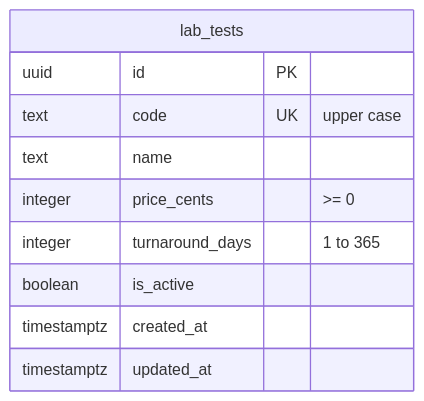
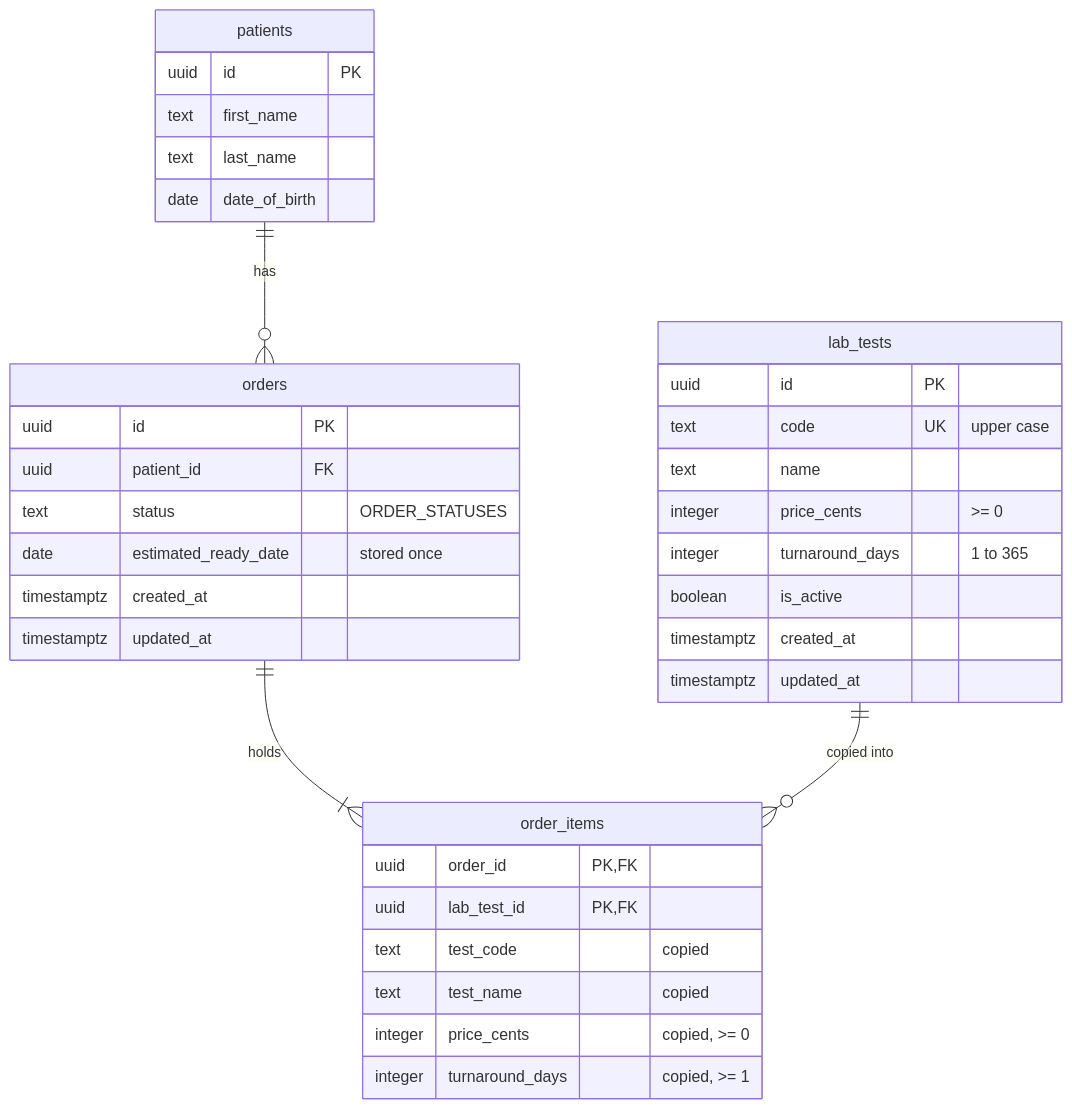
Before and after one commit to spencerolsen/eh-lab-orders-lite: the diagram in docs/data-model.md, drawn with Mermaid. The commit also changed other lines of this file and 10 other files, not shown here.

````diff
--- a/docs/data-model.md
+++ b/docs/data-model.md
@@ -9,13 +9,38 @@
 ```mermaid
 erDiagram
   lab_tests {
     uuid id PK
     text code UK "upper case"
     text name
     integer price_cents ">= 0"
     integer turnaround_days "1 to 365"
     boolean is_active
     timestamptz created_at
     timestamptz updated_at
   }
+  patients {
+    uuid id PK
+    text first_name
+    text last_name
+    date date_of_birth
+  }
+  orders {
+    uuid id PK
+    uuid patient_id FK
+    text status "ORDER_STATUSES"
+    date estimated_ready_date "stored once"
+    timestamptz created_at
+    timestamptz updated_at
+  }
+  order_items {
+    uuid order_id PK, FK
+    uuid lab_test_id PK, FK
+    text test_code "copied"
+    text test_name "copied"
+    integer price_cents "copied, >= 0"
+    integer turnaround_days "copied, >= 1"
+  }
+  patients ||--o{ orders : "has"
+  orders ||--|{ order_items : "holds"
+  lab_tests ||--o{ order_items : "copied into"
 ```
````
